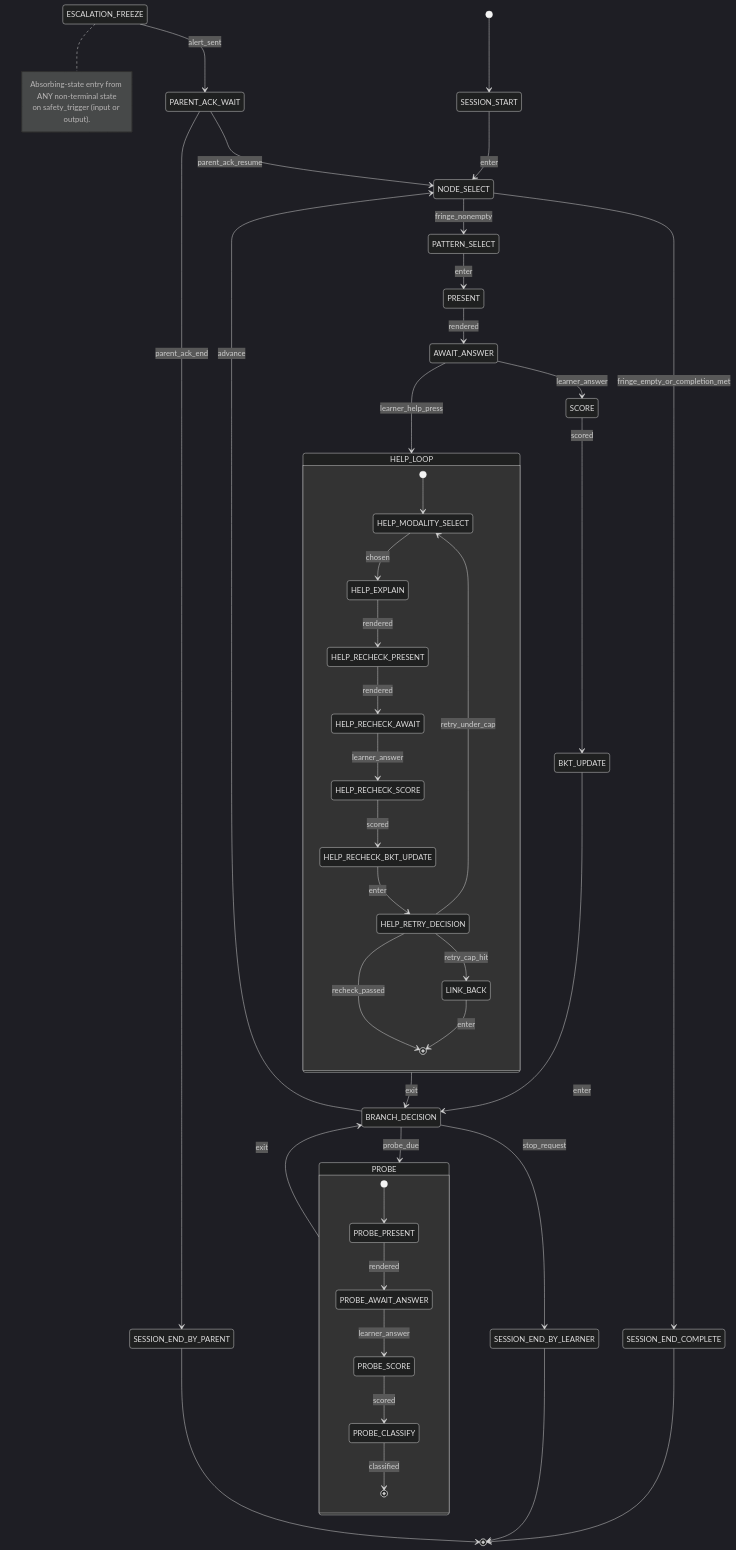
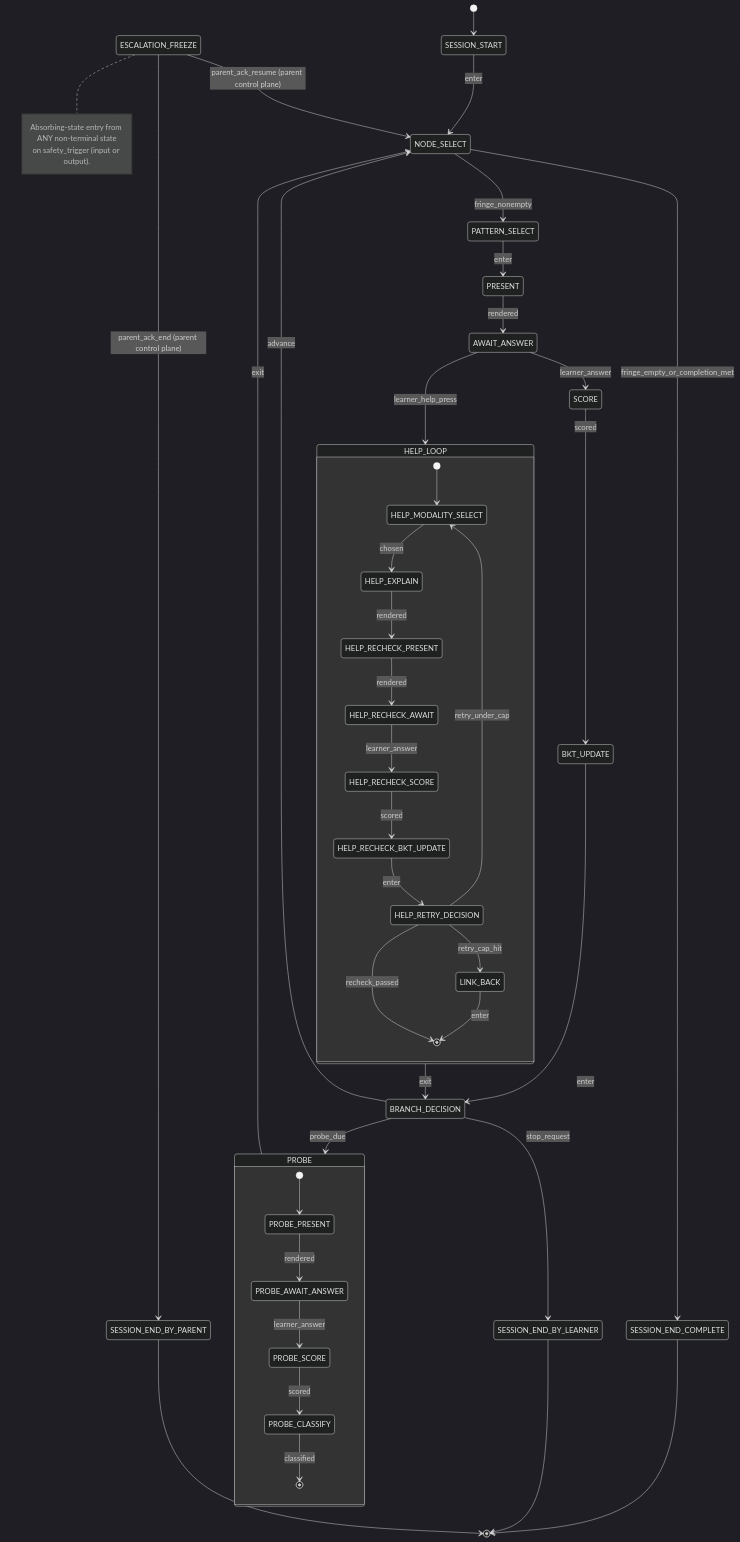
One commit to avps82/mentar changed the diagram in docs/SESSION_FSM.md. Above: the diagram before and after it, drawn with Mermaid (dark theme). The commit also changed other lines of this file and 4 other files, not shown here.

````diff
--- a/docs/SESSION_FSM.md
+++ b/docs/SESSION_FSM.md
@@ -21,53 +21,52 @@
 ```mermaid
 stateDiagram-v2
     [*] --> SESSION_START
     SESSION_START --> NODE_SELECT: enter
     NODE_SELECT --> PATTERN_SELECT: fringe_nonempty
     NODE_SELECT --> SESSION_END_COMPLETE: fringe_empty_or_completion_met
     PATTERN_SELECT --> PRESENT: enter
     PRESENT --> AWAIT_ANSWER: rendered
     AWAIT_ANSWER --> SCORE: learner_answer
     AWAIT_ANSWER --> HELP_LOOP: learner_help_press
     SCORE --> BKT_UPDATE: scored
     BKT_UPDATE --> BRANCH_DECISION: enter
     BRANCH_DECISION --> NODE_SELECT: advance
     BRANCH_DECISION --> PROBE: probe_due
     BRANCH_DECISION --> SESSION_END_BY_LEARNER: stop_request
 
     state HELP_LOOP {
         [*] --> HELP_MODALITY_SELECT
         HELP_MODALITY_SELECT --> HELP_EXPLAIN: chosen
         HELP_EXPLAIN --> HELP_RECHECK_PRESENT: rendered
         HELP_RECHECK_PRESENT --> HELP_RECHECK_AWAIT: rendered
         HELP_RECHECK_AWAIT --> HELP_RECHECK_SCORE: learner_answer
         HELP_RECHECK_SCORE --> HELP_RECHECK_BKT_UPDATE: scored
         HELP_RECHECK_BKT_UPDATE --> HELP_RETRY_DECISION: enter
         HELP_RETRY_DECISION --> HELP_MODALITY_SELECT: retry_under_cap
         HELP_RETRY_DECISION --> LINK_BACK: retry_cap_hit
         HELP_RETRY_DECISION --> [*]: recheck_passed
         LINK_BACK --> [*]: enter
     }
     HELP_LOOP --> BRANCH_DECISION: exit
 
     state PROBE {
         [*] --> PROBE_PRESENT
         PROBE_PRESENT --> PROBE_AWAIT_ANSWER: rendered
         PROBE_AWAIT_ANSWER --> PROBE_SCORE: learner_answer
         PROBE_SCORE --> PROBE_CLASSIFY: scored
         PROBE_CLASSIFY --> [*]: classified
     }
-    PROBE --> BRANCH_DECISION: exit
+    PROBE --> NODE_SELECT: exit
 
-    ESCALATION_FREEZE --> PARENT_ACK_WAIT: alert_sent
-    PARENT_ACK_WAIT --> SESSION_END_BY_PARENT: parent_ack_end
-    PARENT_ACK_WAIT --> NODE_SELECT: parent_ack_resume
+    ESCALATION_FREEZE --> SESSION_END_BY_PARENT: parent_ack_end (parent control plane)
+    ESCALATION_FREEZE --> NODE_SELECT: parent_ack_resume (parent control plane)
 
     SESSION_END_COMPLETE --> [*]
     SESSION_END_BY_LEARNER --> [*]
     SESSION_END_BY_PARENT --> [*]
 
     note right of ESCALATION_FREEZE
       Absorbing-state entry from ANY non-terminal state
       on safety_trigger (input or output).
     end note
 ```
````
